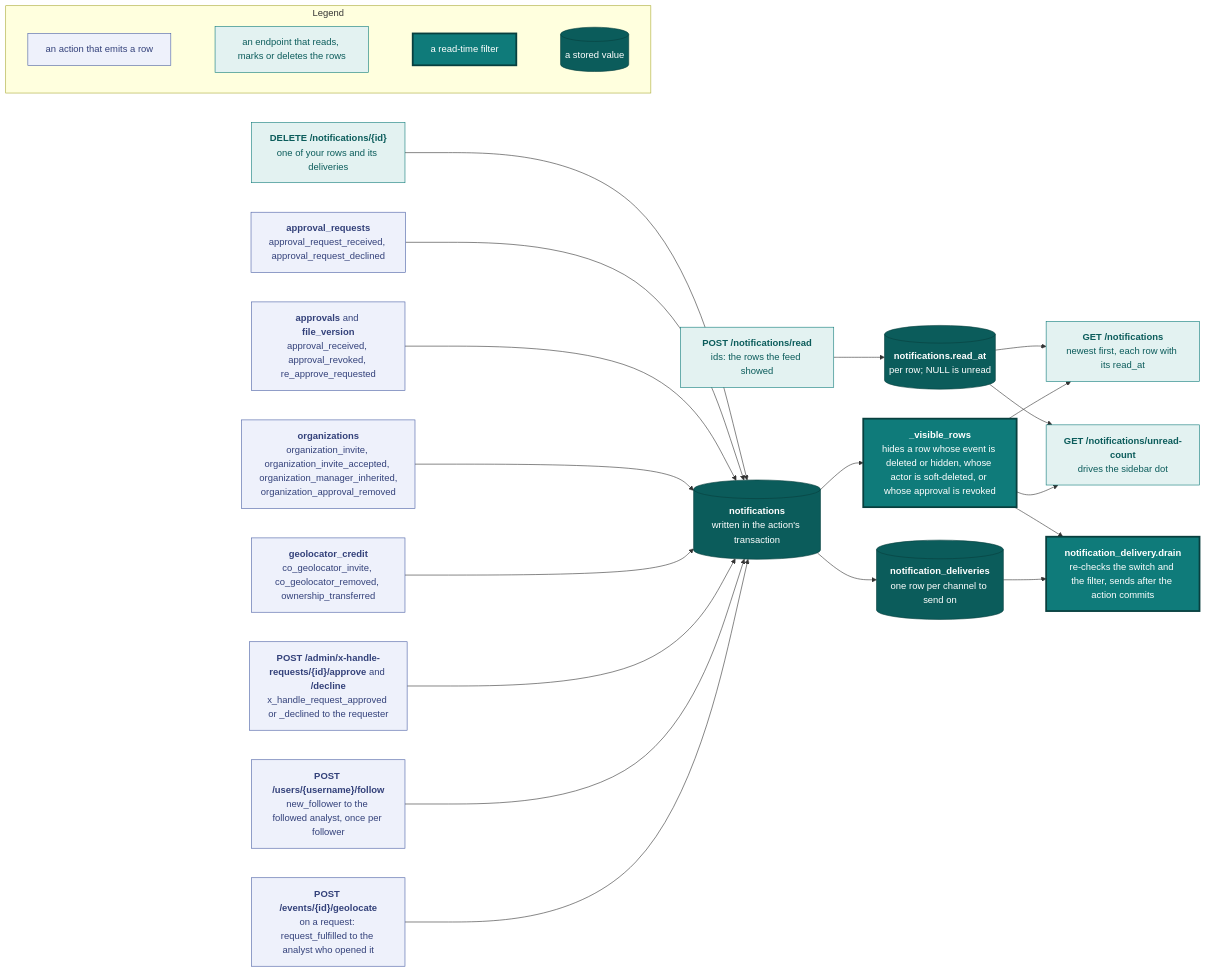
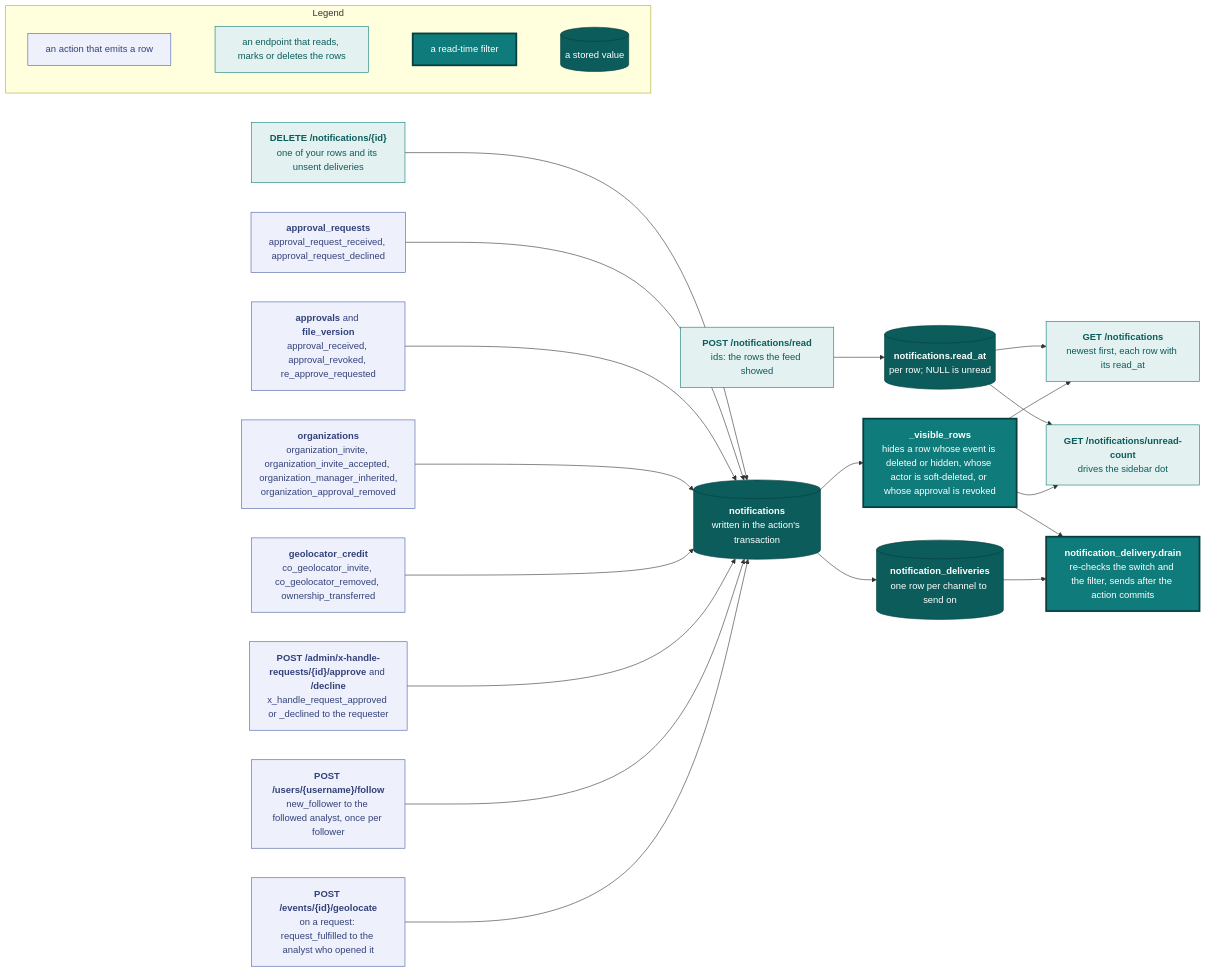
Before and after one commit to vidithq/vidit: the seventh of 8 diagrams in docs/api.md, drawn with Mermaid. The commit also changed other lines of this file and 15 other files, not shown here.

````diff
--- a/docs/api.md
+++ b/docs/api.md
@@ -2548,67 +2548,67 @@
 ```mermaid
 flowchart LR
   classDef spec fill:#eef1fb,stroke:#4a5fa5,color:#33417a
   classDef shared fill:#e3f2f1,stroke:#0f7b7a,color:#0b5c5b
   classDef core fill:#0f7b7a,stroke:#083f3e,stroke-width:3px,color:#ffffff
   classDef store fill:#0b5c5b,stroke:#083f3e,color:#ffffff
 
   subgraph legend [Legend]
     direction LR
     l1["`an action that emits a row`"]:::spec
     l2["`an endpoint that reads, marks or deletes the rows`"]:::shared
     l3["`a read-time filter`"]:::core
     l4[("`a stored value`")]:::store
     l1 ~~~ l2 ~~~ l3 ~~~ l4
   end
 
   geolocate["`**POST /events/{id}/geolocate**
   on a request: request_fulfilled to the analyst who opened it`"]:::spec
   follow["`**POST /users/{username}/follow**
   new_follower to the followed analyst, once per follower`"]:::spec
   xhandle["`**POST /admin/x-handle-requests/{id}/approve** and **/decline**
   x_handle_request_approved or _declined to the requester`"]:::spec
   credit["`**geolocator_credit**
   co_geolocator_invite, co_geolocator_removed, ownership_transferred`"]:::spec
   orgs["`**organizations**
   organization_invite, organization_invite_accepted, organization_manager_inherited,
   organization_approval_removed`"]:::spec
   approvals["`**approvals** and **file_version**
   approval_received, approval_revoked, re_approve_requested`"]:::spec
   reviews["`**approval_requests**
   approval_request_received, approval_request_declined`"]:::spec
   rows[("`**notifications**
   written in the action's transaction`")]:::store
   visible["`**_visible_rows**
   hides a row whose event is deleted or hidden, whose actor is soft-deleted, or whose approval is revoked`"]:::core
   feed["`**GET /notifications**
   newest first, each row with its read_at`"]:::shared
   count["`**GET /notifications/unread-count**
   drives the sidebar dot`"]:::shared
   read["`**POST /notifications/read**
   ids: the rows the feed showed`"]:::shared
   delete["`**DELETE /notifications/{id}**
-  one of your rows and its deliveries`"]:::shared
+  one of your rows and its unsent deliveries`"]:::shared
   readat[("`**notifications.read_at**
   per row; NULL is unread`")]:::store
   queue[("`**notification_deliveries**
   one row per channel to send on`")]:::store
   worker["`**notification_delivery.drain**
   re-checks the switch and the filter, sends after the action commits`"]:::core
 
   geolocate --> rows
   follow --> rows
   xhandle --> rows
   credit --> rows
   orgs --> rows
   approvals --> rows
   reviews --> rows
   rows --> visible
   visible --> feed
   visible --> count
   read --> readat
   readat --> count
   readat --> feed
   rows --> queue --> worker
   visible --> worker
   delete --> rows
 ```
````
